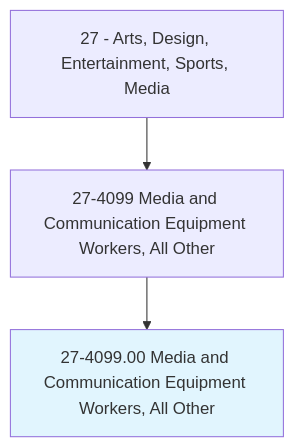
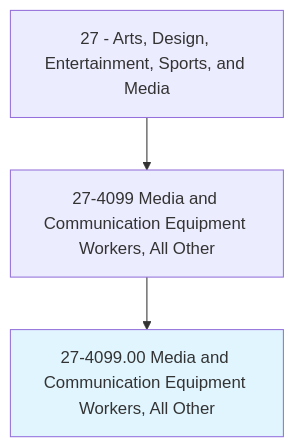
One commit to kziemski/business.org.ai changed the first of 4 diagrams in occupations/ArtsMedia/MediaAndCommunicationEquipmentWorkers.mdx. Above: the diagram before and after it, drawn with Mermaid. The commit also changed other lines of this file and 938 other files, not shown here.

````diff
--- a/occupations/ArtsMedia/MediaAndCommunicationEquipmentWorkers.mdx
+++ b/occupations/ArtsMedia/MediaAndCommunicationEquipmentWorkers.mdx
@@ -19,6 +23,6 @@
 ```mermaid
 graph TD
-    Cat27["27 - Arts, Design, Entertainment, Sports, Media"] --> Group274099["27-4099 Media and Communication Equipment Workers, All Other"]
+    Cat27["27 - Arts, Design, Entertainment, Sports, and Media"] --> Group274099["27-4099 Media and Communication Equipment Workers, All Other"]
     Group274099 --> Current["27-4099.00 Media and Communication Equipment Workers, All Other"]
     style Current fill:#e1f5fe
 ```
````
